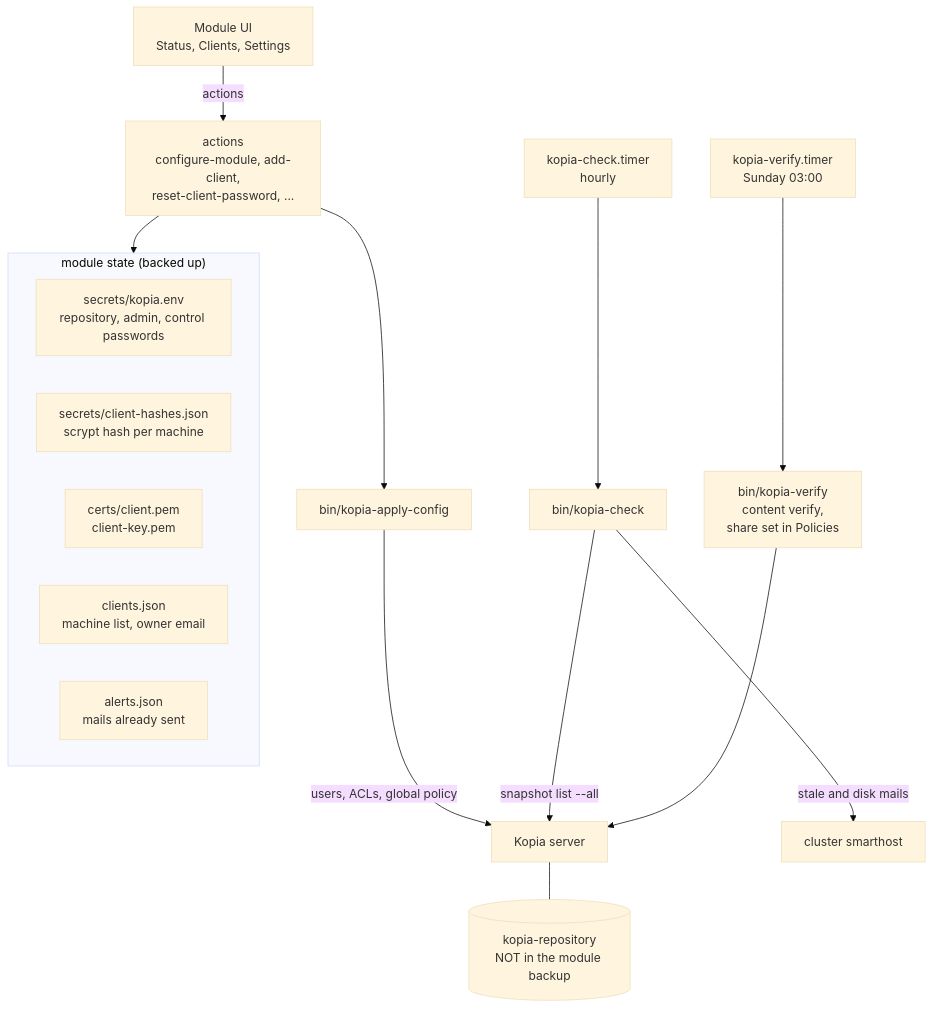
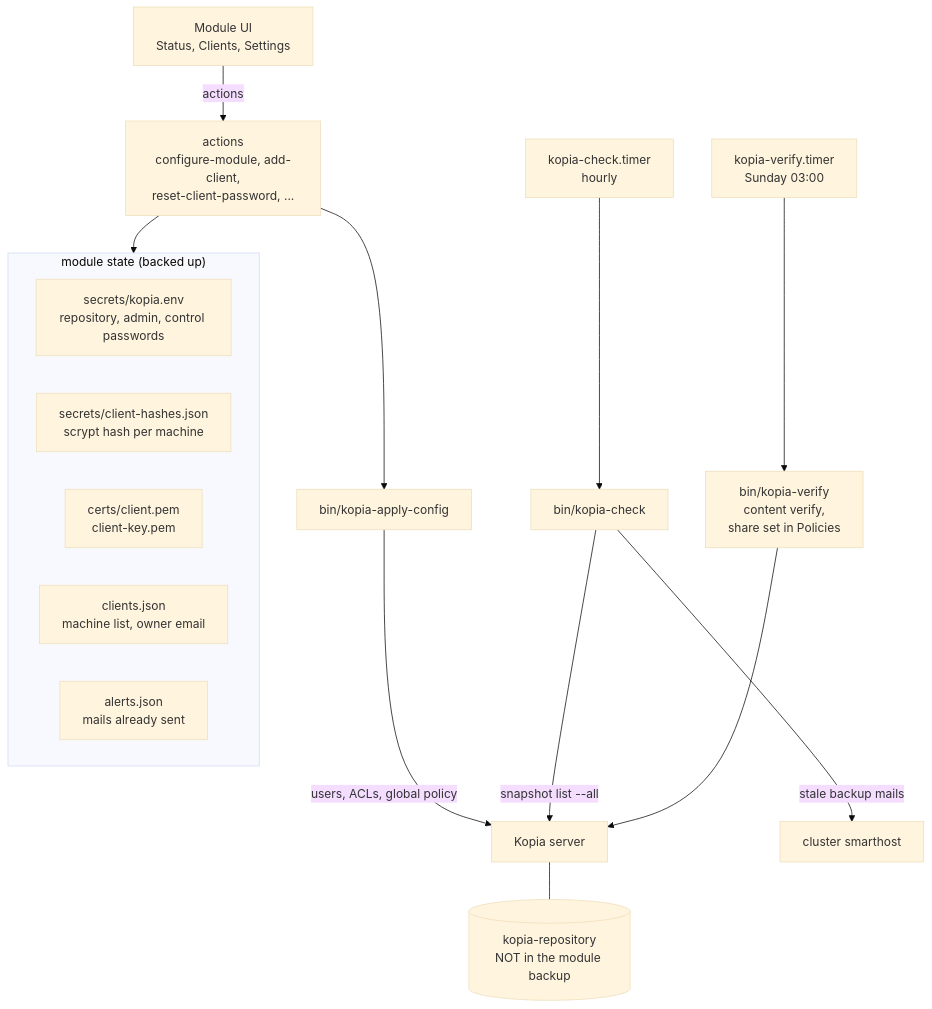
Before and after one commit to stephdl/ns8-kopia: the second of 3 diagrams in README.md, drawn with Mermaid (base theme). The commit also changed other lines of this file and 16 other files, not shown here.

First line of the commit message:
refactor: drop module disk alert in favor of cluster alerts (#6)

````diff
--- a/README.md
+++ b/README.md
@@ -53,20 +53,20 @@
 ```mermaid
 flowchart TB
     UI["Module UI<br/>Status, Clients, Settings"] -- actions --> ACT
     subgraph State["module state (backed up)"]
         S1["secrets/kopia.env<br/>repository, admin, control passwords"]
         S2["secrets/client-hashes.json<br/>scrypt hash per machine"]
         S3["certs/client.pem<br/>client-key.pem"]
         S4["clients.json<br/>machine list, owner email"]
         S5["alerts.json<br/>mails already sent"]
     end
     ACT["actions<br/>configure-module, add-client,<br/>reset-client-password, ..."] --> State
     ACT --> APPLY["bin/kopia-apply-config"]
     APPLY -- "users, ACLs, global policy" --> K[Kopia server]
     T1["kopia-check.timer<br/>hourly"] --> CHECK["bin/kopia-check"]
     CHECK -- "snapshot list --all" --> K
-    CHECK -- "stale and disk mails" --> SMTP["cluster smarthost"]
+    CHECK -- "stale backup mails" --> SMTP["cluster smarthost"]
     T2["kopia-verify.timer<br/>Sunday 03:00"] --> VERIFY["bin/kopia-verify<br/>content verify,<br/>share set in Policies"]
     VERIFY --> K
     K --- REPO[("kopia-repository<br/>NOT in the module backup")]
 ```
````
